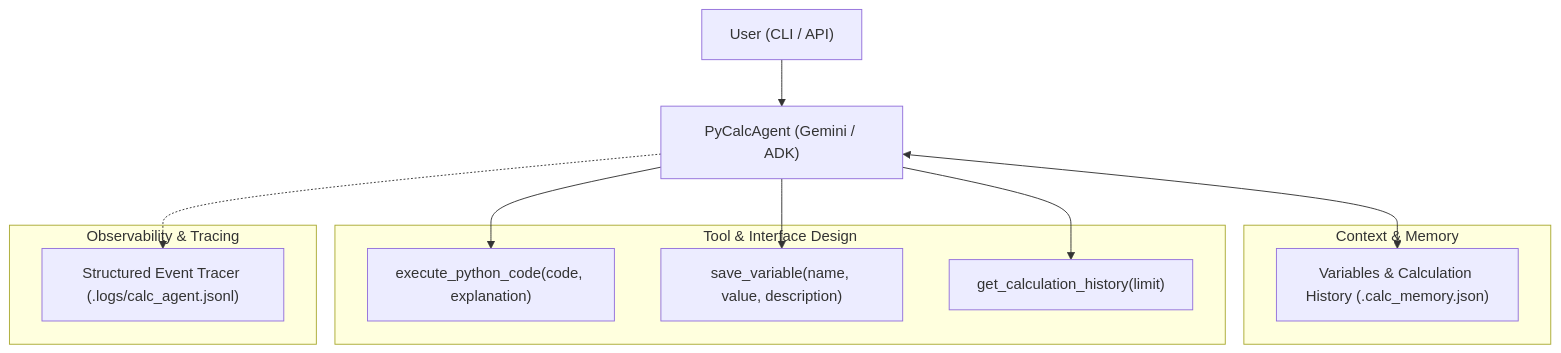
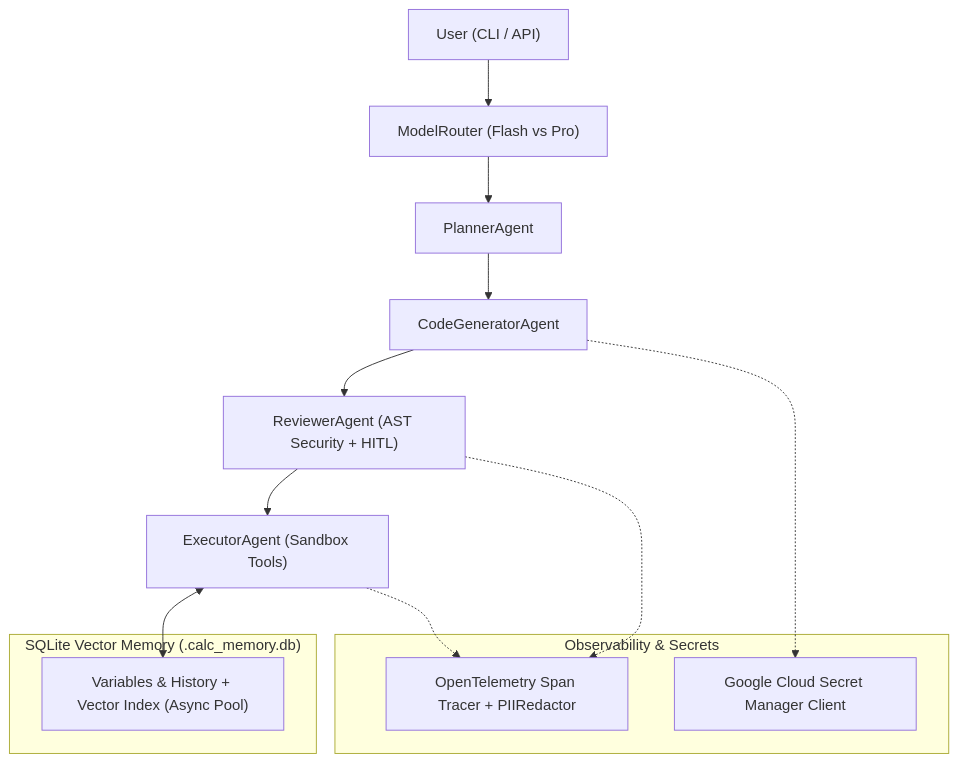
Before and after one commit to daniel620/PyCalcAgent: the diagram in README.md, drawn with Mermaid. The commit also changed other lines of this file and 22 other files, not shown here.

Commit message:
Upgrade PyCalcAgent to 95/95: SQLite vector DB, OTel tracing, PII redaction, multi-agent HITL, Secret Manager, IaC, and golden dataset eval

````diff
--- a/README.md
+++ b/README.md
@@ -23,24 +23,22 @@
 ```mermaid
 graph TD
-    User["User (CLI / API)"] --> Agent["PyCalcAgent (Gemini / ADK)"]
+    User["User (CLI / API)"] --> Router["ModelRouter (Flash vs Pro)"]
+    Router --> Planner["PlannerAgent"]
+    Planner --> Gen["CodeGeneratorAgent"]
+    Gen --> Review["ReviewerAgent (AST Security + HITL)"]
+    Review --> Exec["ExecutorAgent (Sandbox Tools)"]
     
-    subgraph Memory ["Context & Memory"]
-        SessionStore["Variables & Calculation History (.calc_memory.json)"]
+    subgraph Memory ["SQLite Vector Memory (.calc_memory.db)"]
+        DB["Variables & History + Vector Index (Async Pool)"]
     end
     
-    subgraph Tools ["Tool & Interface Design"]
-        T1["execute_python_code(code, explanation)"]
-        T2["save_variable(name, value, description)"]
-        T3["get_calculation_history(limit)"]
-    end
-    
-    subgraph Tracing ["Observability & Tracing"]
-        Logger["Structured Event Tracer (.logs/calc_agent.jsonl)"]
+    subgraph Tracing ["Observability & Secrets"]
+        OTel["OpenTelemetry Span Tracer + PIIRedactor"]
+        SM["Google Cloud Secret Manager Client"]
     end
 
-    Agent <--> SessionStore
-    Agent --> T1
-    Agent --> T2
-    Agent --> T3
-    Agent -.-> Logger
+    Exec <--> DB
+    Review -.-> OTel
+    Exec -.-> OTel
+    Gen -.-> SM
 ```
````
